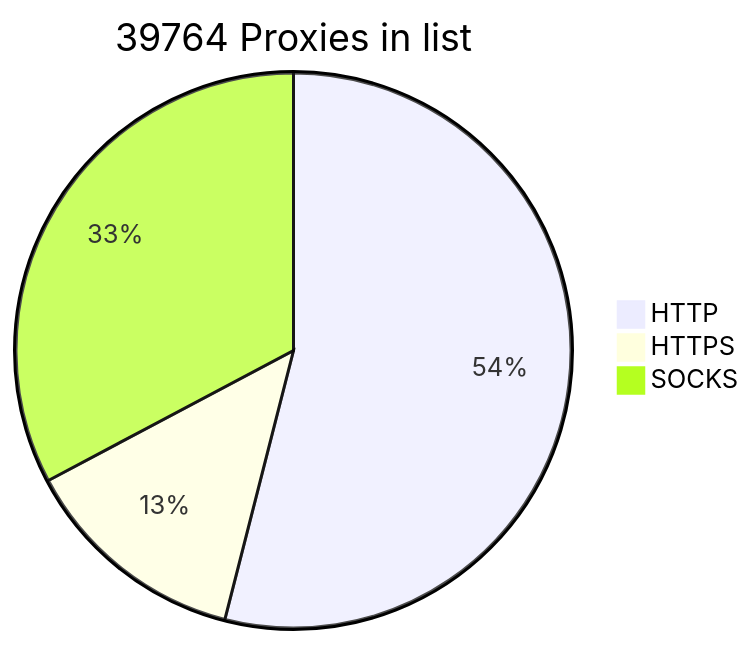
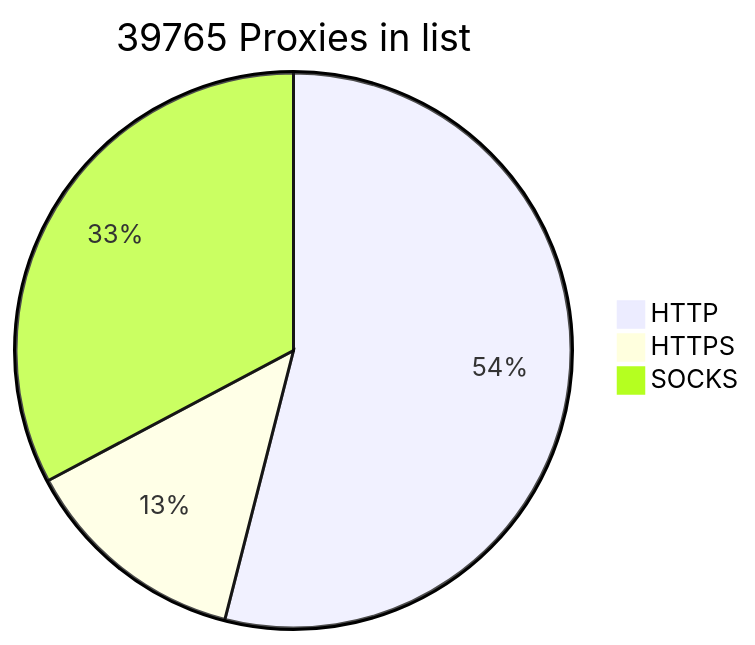
Before and after one commit to BlackSnowDot/proxylist-update-every-minute: the diagram in README.md, drawn with Mermaid.

````diff
--- a/README.md
+++ b/README.md
@@ -2,6 +2,6 @@
 ```mermaid
-pie title 39764 Proxies in list
+pie title 39765 Proxies in list
     "HTTP" : 23842
     "HTTPS": 5858
-    "SOCKS" : 14470
+    "SOCKS" : 14471
 ```
````
